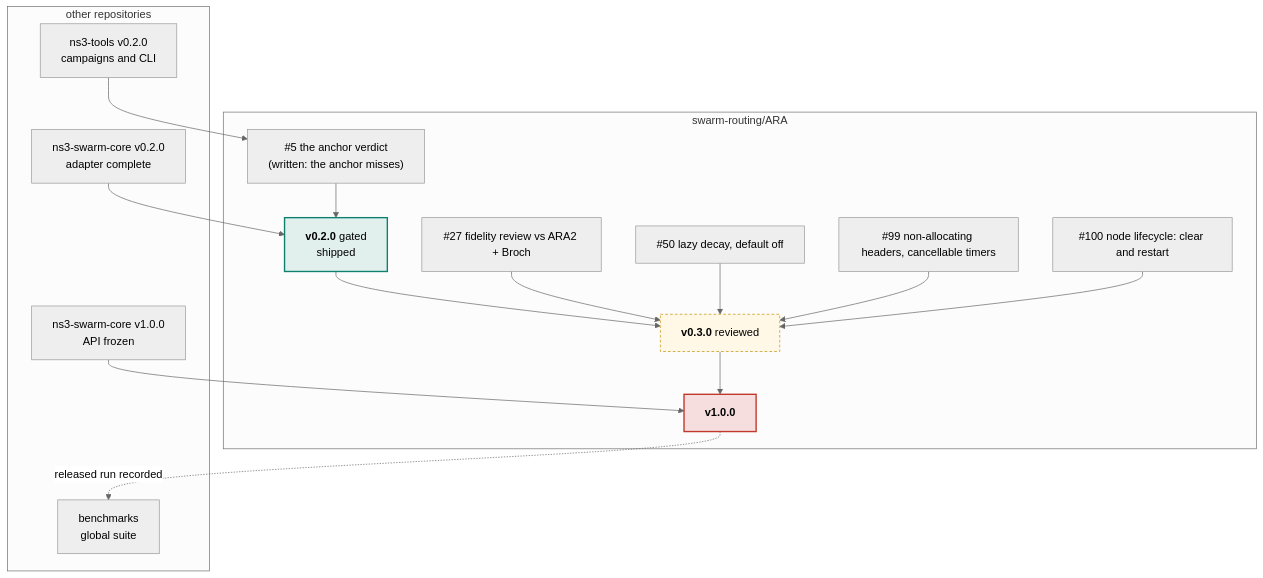
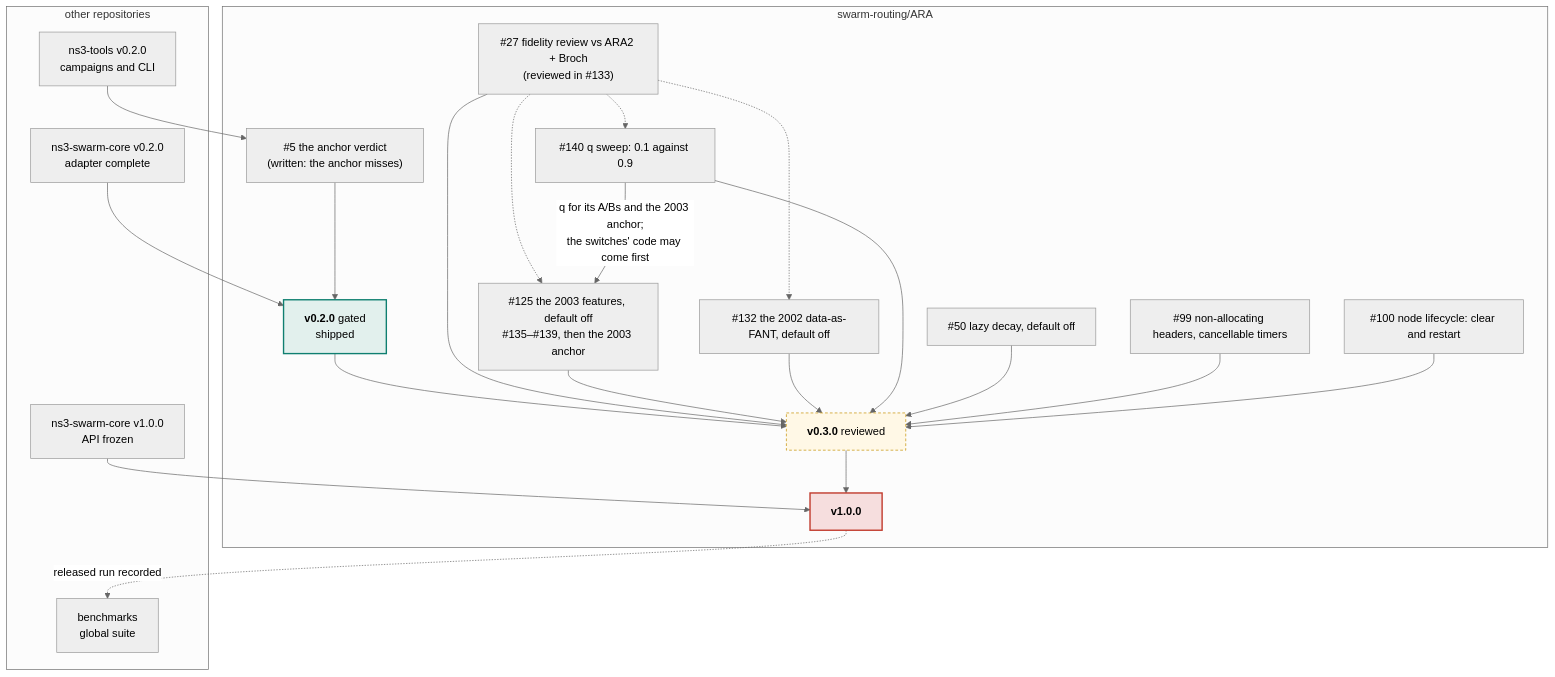
Before and after one commit to swarm-routing/ARA: the second of 2 diagrams in docs/roadmap.md, drawn with Mermaid (neutral theme). The commit also changed other lines of this file and 1 other file, not shown here.

First paragraph of the commit message:
docs(roadmap): v0.3.0 gains the tickets #27's review produced (#141)
## Summary

````diff
--- a/docs/roadmap.md
+++ b/docs/roadmap.md
@@ -61,35 +61,45 @@
 ```mermaid
 flowchart TB
     subgraph ARA["swarm-routing/ARA"]
         I5["#5 the anchor verdict<br/>(written: the anchor misses)"]
-        I27["#27 fidelity review vs ARA2 + Broch"]
+        I27["#27 fidelity review vs ARA2 + Broch<br/>(reviewed in #133)"]
+        I125["#125 the 2003 features, default off<br/>#135–#139, then the 2003 anchor"]
+        I132["#132 the 2002 data-as-FANT, default off"]
+        I140["#140 q sweep: 0.1 against 0.9"]
         I50["#50 lazy decay, default off"]
         I99["#99 non-allocating headers, cancellable timers"]
         I100["#100 node lifecycle: clear and restart"]
         V02["<b>v0.2.0</b> gated<br/>shipped"]
         V03["<b>v0.3.0</b> reviewed"]
         V10["<b>v1.0.0</b>"]
     end
     subgraph XR["other repositories"]
         T02["ns3-tools v0.2.0<br/>campaigns and CLI"]
         S02["ns3-swarm-core v0.2.0<br/>adapter complete"]
         S10["ns3-swarm-core v1.0.0<br/>API frozen"]
         BM["benchmarks<br/>global suite"]
     end
 
     I5 --> V02
     T02 --> I5
     S02 --> V02
     V02 --> V03
     I27 --> V03
+    I27 -.-> I125
+    I27 -.-> I132
+    I27 -.-> I140
+    I140 -->|"q for its A/Bs and the 2003 anchor;<br/>the switches' code may come first"| I125
+    I125 --> V03
+    I132 --> V03
+    I140 --> V03
     I50 --> V03
     I99 --> V03
     I100 --> V03
     V03 --> V10
     S10 --> V10
     V10 -.->|"released run recorded"| BM
 
     style V02 fill:#e2f0ed,stroke:#0f7f70,stroke-width:2px
     style V03 fill:#fff8e6,stroke:#c48f00,stroke-dasharray:4 3
     style V10 fill:#f6dede,stroke:#c0392b,stroke-width:2px
 ```
````
